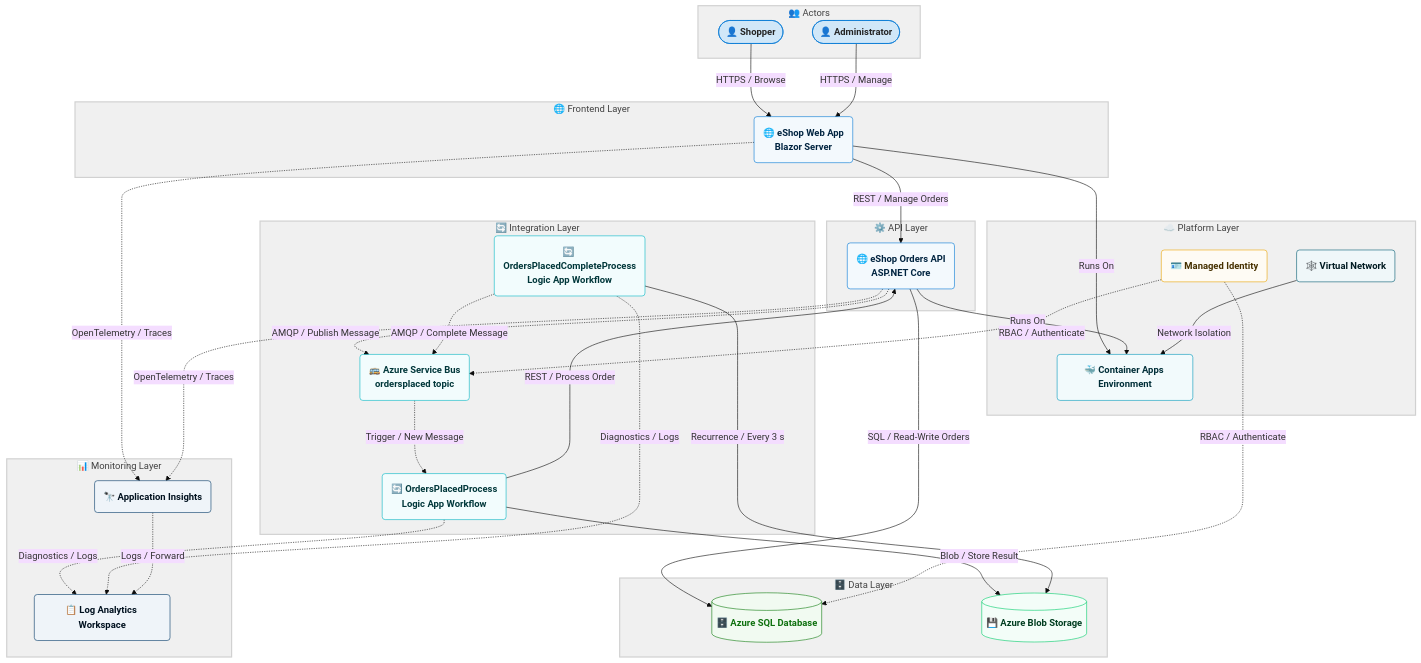
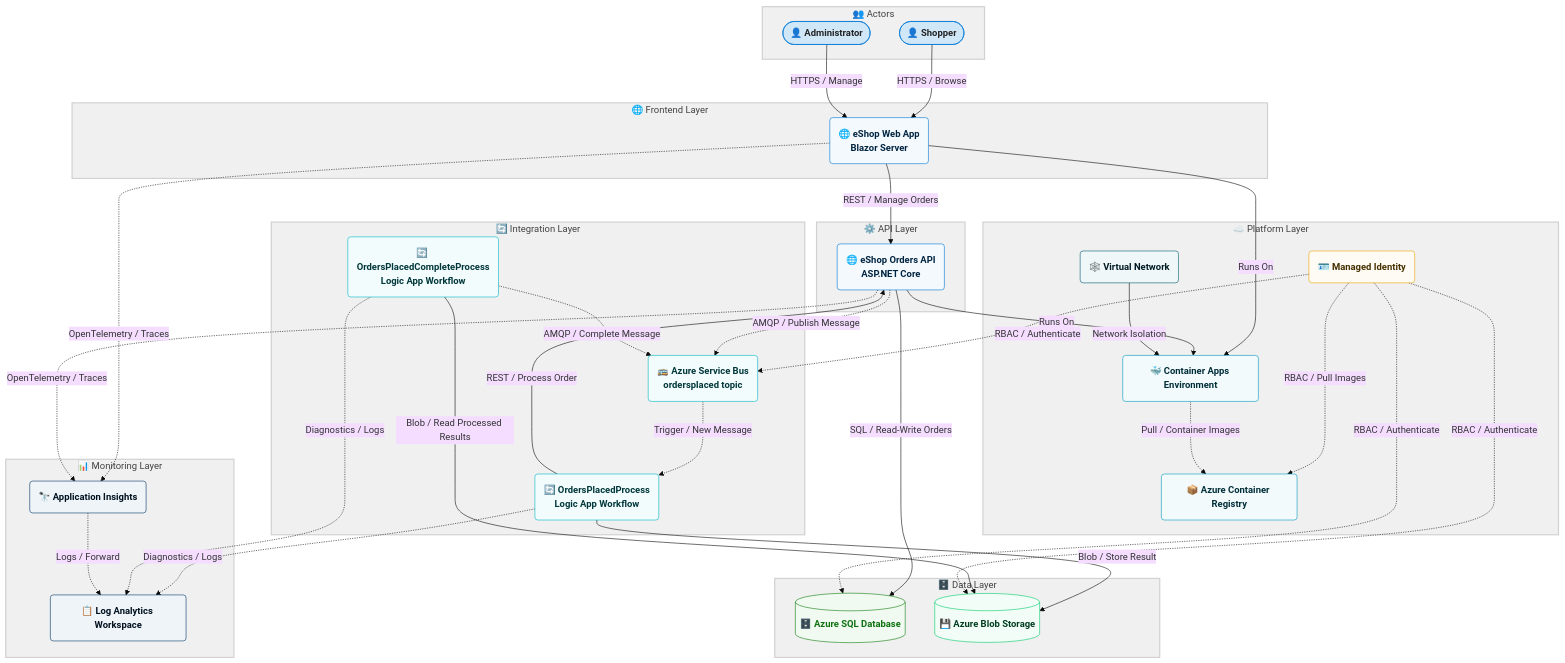
The diagram in README.md (Evilazaro/Azure-LogicApps-Monitoring), drawn with Mermaid before and after one commit. The commit also changed other lines of this file, not shown here.

Commit message:
Update architecture section in README.md for clarity and detail on Azure services integration

````diff
--- a/README.md
+++ b/README.md
@@ -119,6 +119,7 @@
   %% ── Platform Layer ──────────────────────────────────────────────────────────
   subgraph PLATFORM["☁️ Platform Layer"]
     ACA_ENV("🐳 Container Apps Environment")
+    ACR("📦 Azure Container Registry")
     IDENTITY("🪪 Managed Identity")
     VNET("🕸️ Virtual Network")
   end
@@ -133,7 +134,7 @@
   SERVICEBUS  -. "Trigger / New Message" .->      LA_PROCESS
   LA_PROCESS  -- "REST / Process Order"         --> ORDERSAPI
   LA_PROCESS  -- "Blob / Store Result"          --> BLOB
-  LA_COMPLETE -- "Recurrence / Every 3 s"       --> BLOB
+  LA_COMPLETE -- "Blob / Read Processed Results" --> BLOB
   LA_COMPLETE -. "AMQP / Complete Message" .->   SERVICEBUS
   WEBAPP      -. "OpenTelemetry / Traces" .->    APPINSIGHTS
   ORDERSAPI   -. "OpenTelemetry / Traces" .->    APPINSIGHTS
@@ -144,6 +145,9 @@
   ORDERSAPI   -- "Runs On"                      --> ACA_ENV
   IDENTITY    -. "RBAC / Authenticate" .->       SERVICEBUS
   IDENTITY    -. "RBAC / Authenticate" .->       SQLDB
+  IDENTITY    -. "RBAC / Authenticate" .->       BLOB
+  IDENTITY    -. "RBAC / Pull Images"  .->       ACR
+  ACA_ENV     -. "Pull / Container Images" .->   ACR
   VNET        -- "Network Isolation"            --> ACA_ENV
 
   %% ── Class Assignments ────────────────────────────────────────────────────
@@ -153,7 +157,7 @@
   class SQLDB datastore
   class BLOB storage
   class APPINSIGHTS,LOGANALYTICS monitor
-  class ACA_ENV containers
+  class ACA_ENV,ACR containers
   class IDENTITY identity
   class VNET networking
 ```
````
